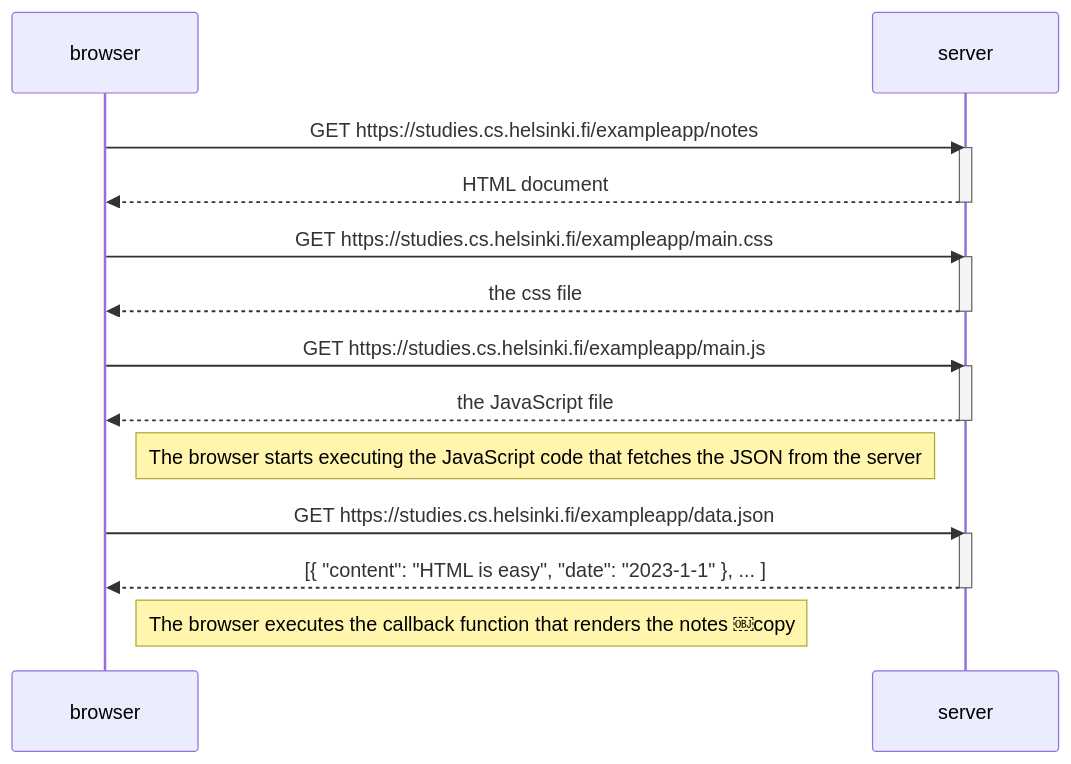
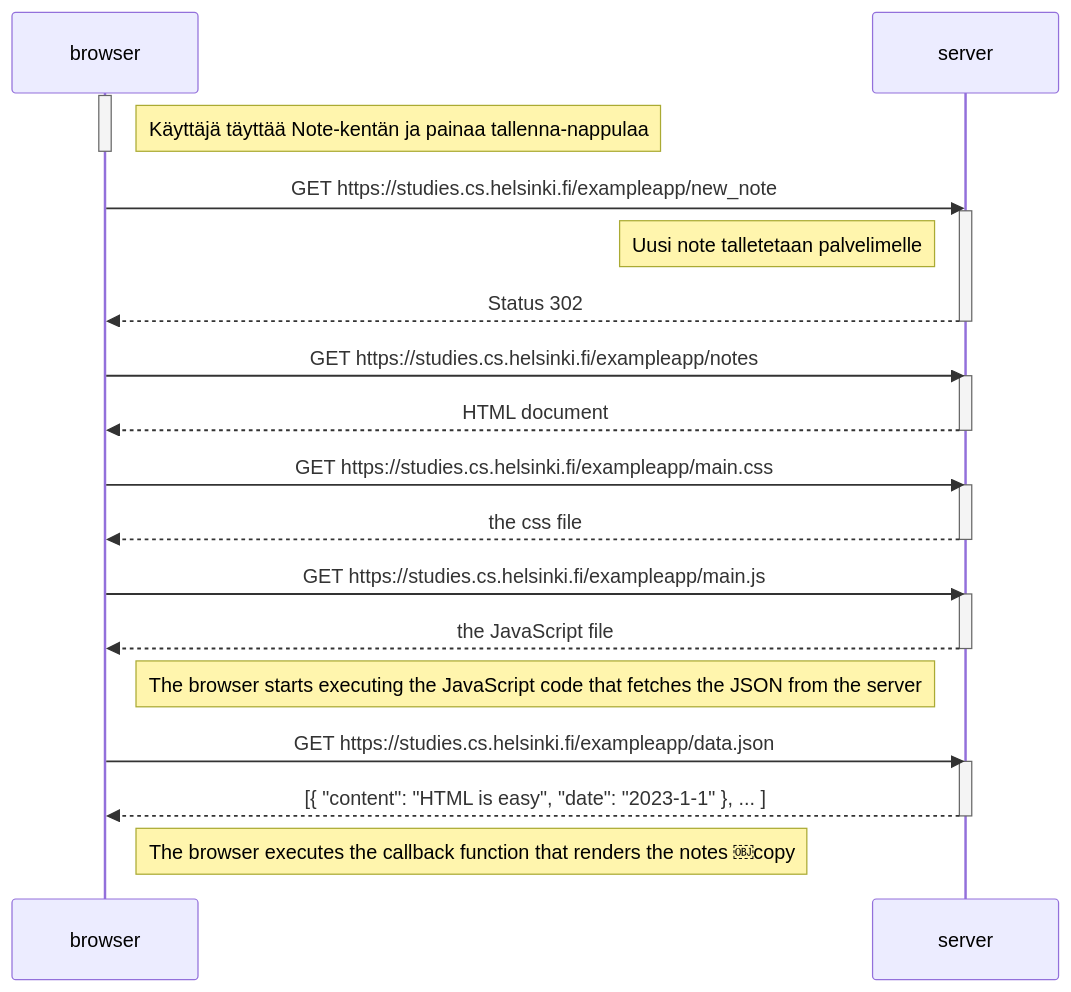
One commit to samuana/fullstack2021 changed the diagram in README.md. Above: the diagram before and after it, drawn with Mermaid.

Commit message:
Update README.md
Modattu

````diff
--- a/README.md
+++ b/README.md
@@ -1,29 +1,39 @@
 ```mermaid
 sequenceDiagram
     participant browser
     participant server
-    
+
+    activate browser
+    Note right of browser: Käyttäjä täyttää Note-kentän ja painaa tallenna-nappulaa
+    deactivate browser
+
+    browser->>server: GET https://studies.cs.helsinki.fi/exampleapp/new_note
+    activate server
+    Note left of server: Uusi note talletetaan palvelimelle
+    server-->>browser: Status 302
+    deactivate server
+
     browser->>server: GET https://studies.cs.helsinki.fi/exampleapp/notes
     activate server
     server-->>browser: HTML document
     deactivate server
-    
+
     browser->>server: GET https://studies.cs.helsinki.fi/exampleapp/main.css
     activate server
     server-->>browser: the css file
     deactivate server
     
     browser->>server: GET https://studies.cs.helsinki.fi/exampleapp/main.js
     activate server
     server-->>browser: the JavaScript file
     deactivate server
     
     Note right of browser: The browser starts executing the JavaScript code that fetches the JSON from the server
     
     browser->>server: GET https://studies.cs.helsinki.fi/exampleapp/data.json
     activate server
     server-->>browser: [{ "content": "HTML is easy", "date": "2023-1-1" }, ... ]
     deactivate server    
 
     Note right of browser: The browser executes the callback function that renders the notes ￼copy
 ```
````
